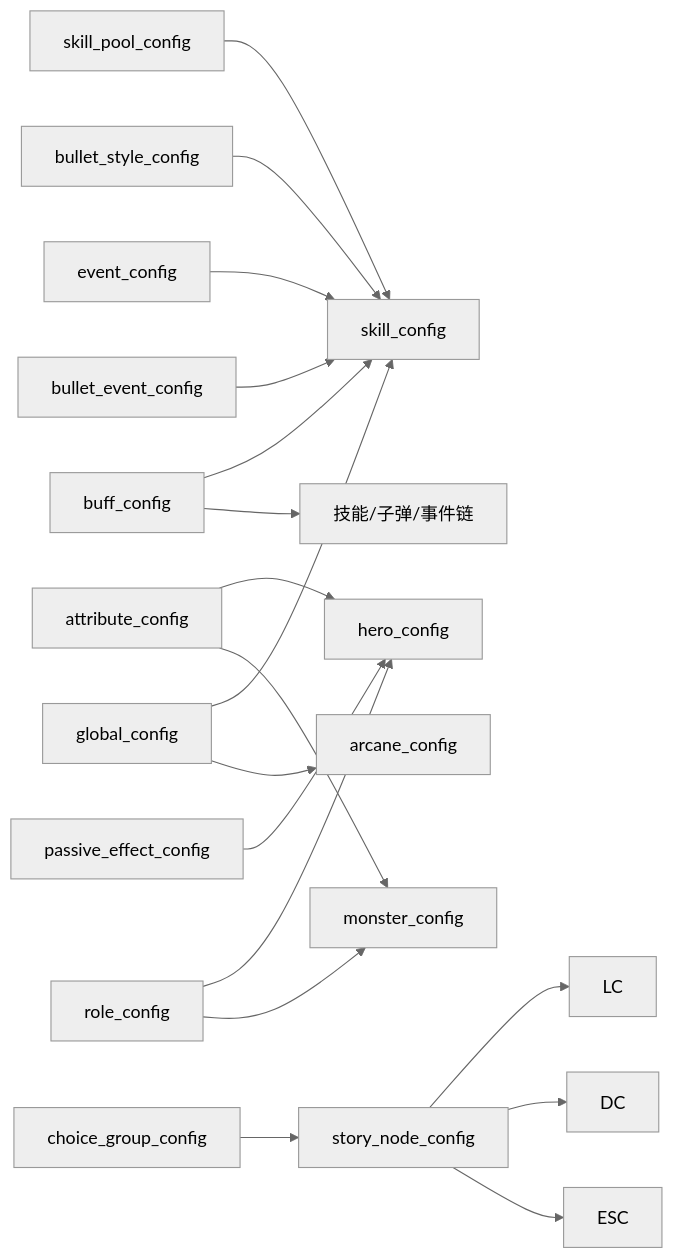
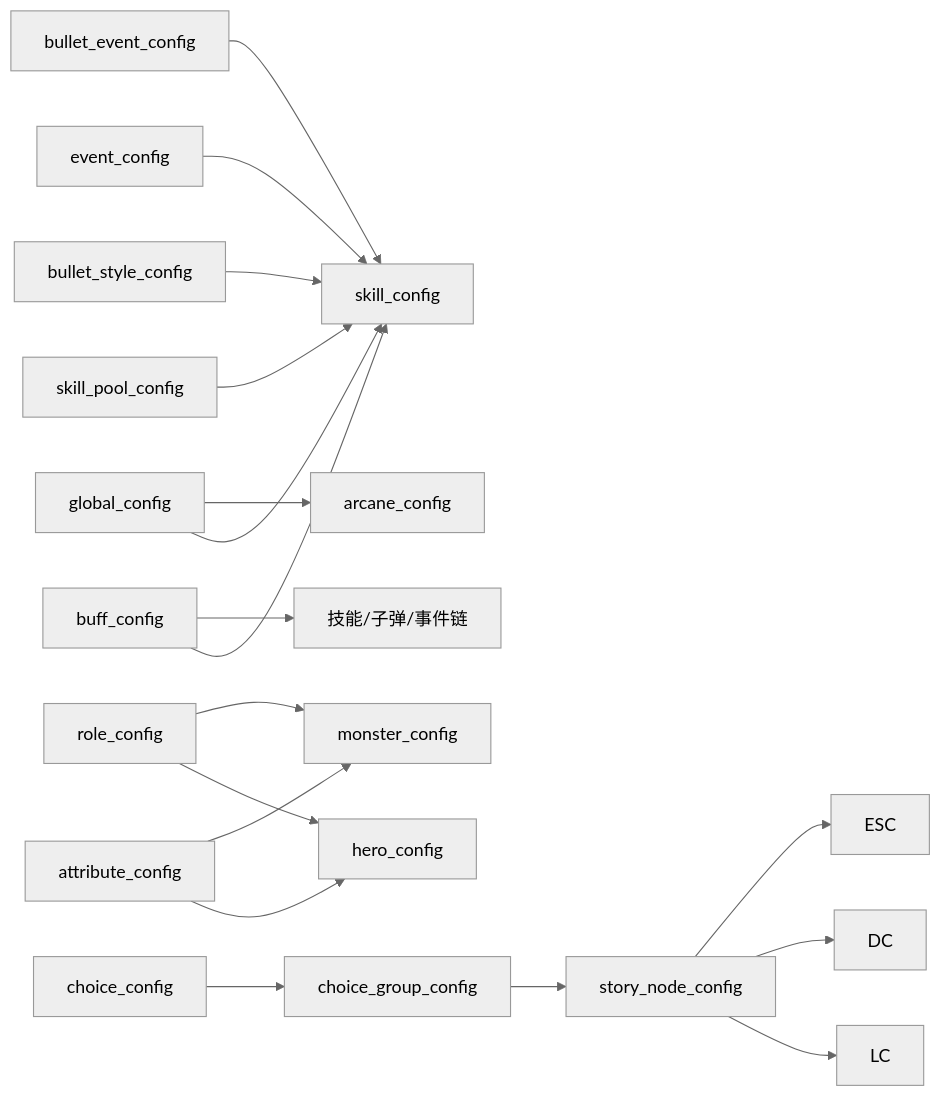
Before and after one commit to Tuusen/p1_client: the third of 3 diagrams in .qoder/repowiki/zh/content/配置管理系统/配置文件类型/配置文件类型.md, drawn with Mermaid (neutral theme). The commit also changed other lines of this file and 40 other files, not shown here.

````diff
--- a/.qoder/repowiki/zh/content/配置管理系统/配置文件类型/配置文件类型.md
+++ b/.qoder/repowiki/zh/content/配置管理系统/配置文件类型/配置文件类型.md
@@ -502,20 +531,20 @@
 ```mermaid
 graph LR
 SPC["skill_pool_config"] --> SK["skill_config"]
 BSC["bullet_style_config"] --> SK
 AC["attribute_config"] --> HC["hero_config"]
 AC --> MC["monster_config"]
 BFC["buff_config"] --> SK
 BFC --> SK2["技能/子弹/事件链"]
 GC["global_config"] --> SK
 GC --> ARC["arcane_config"]
 RC["role_config"] --> HC
 RC --> MC
 EC["event_config"] --> SK
 BEC["bullet_event_config"] --> SK
 CG["choice_group_config"] --> SNC["story_node_config"]
-PEC["passive_effect_config"] --> HC
+CH["choice_config"] --> CG
 SNC --> LC
 SNC --> DC
 SNC --> ESC
 ```
````
